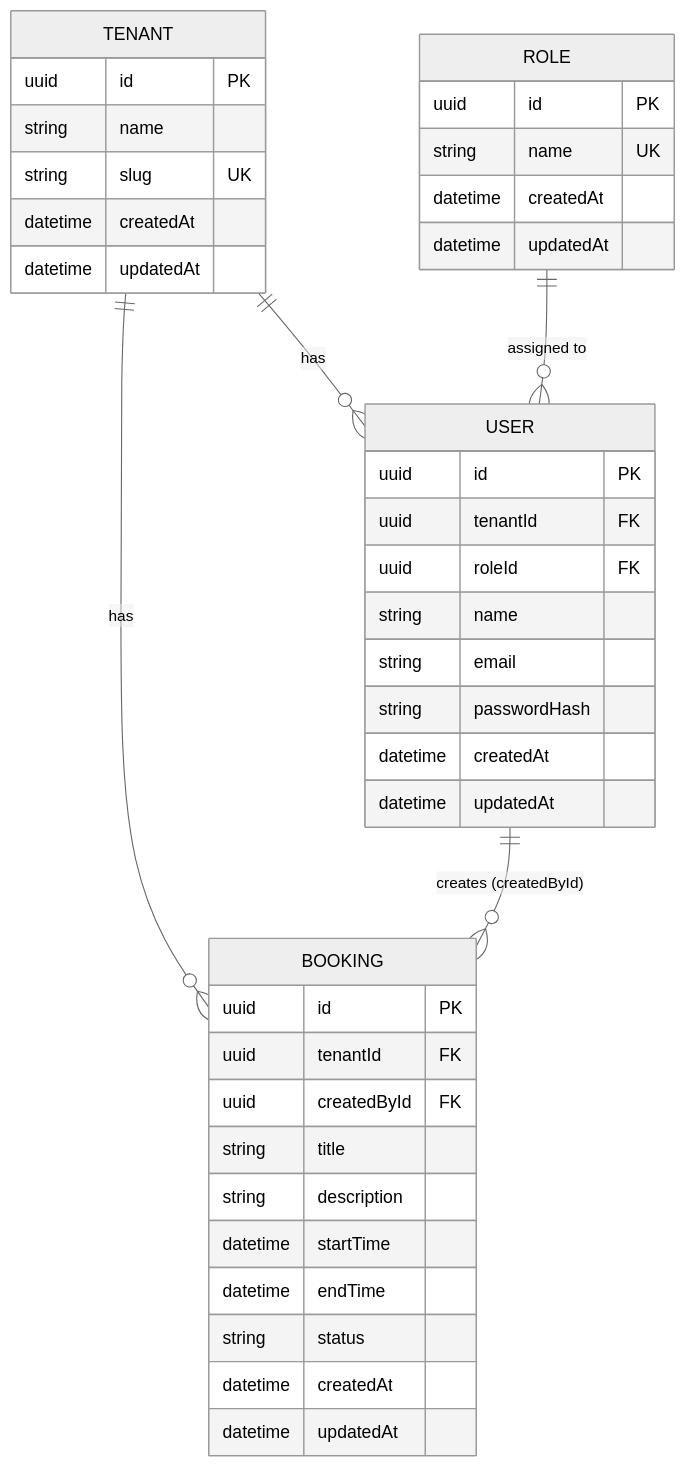
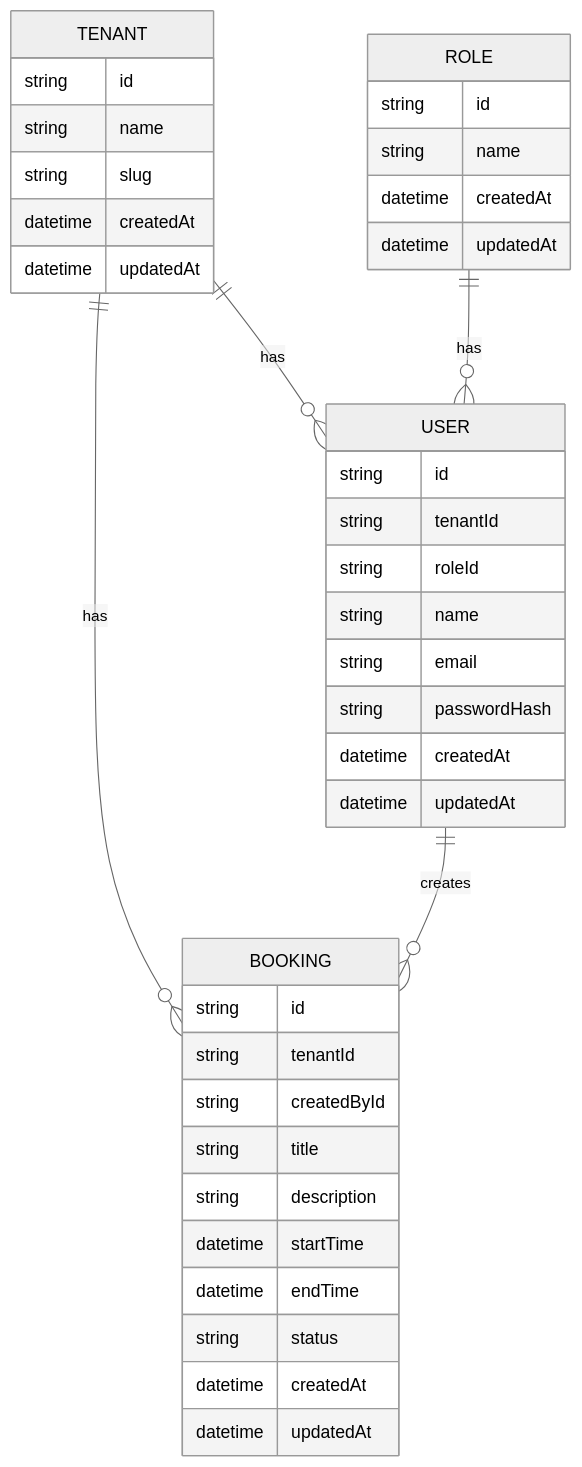
One commit to zainab-f207/multi-tenant-booking changed the first of 2 diagrams in README.md. Above: the diagram before and after it, drawn with Mermaid (neutral theme). The commit also changed other lines of this file and 24 other files, not shown here.

````diff
--- a/README.md
+++ b/README.md
@@ -61,43 +108,43 @@
 ```mermaid
 erDiagram
-    TENANT ||--o{ USER : "has"
-    TENANT ||--o{ BOOKING : "has"
-    ROLE ||--o{ USER : "assigned to"
-    USER ||--o{ BOOKING : "creates (createdById)"
+    TENANT ||--o{ USER : has
+    TENANT ||--o{ BOOKING : has
+    ROLE ||--o{ USER : has
+    USER ||--o{ BOOKING : creates
 
     TENANT {
-        uuid id PK
+        string id
         string name
-        string slug UK
+        string slug
         datetime createdAt
         datetime updatedAt
     }
     ROLE {
-        uuid id PK
-        string name UK
+        string id
+        string name
         datetime createdAt
         datetime updatedAt
     }
     USER {
-        uuid id PK
-        uuid tenantId FK
-        uuid roleId FK
+        string id
+        string tenantId
+        string roleId
         string name
         string email
         string passwordHash
         datetime createdAt
         datetime updatedAt
     }
     BOOKING {
-        uuid id PK
-        uuid tenantId FK
-        uuid createdById FK
+        string id
+        string tenantId
+        string createdById
         string title
         string description
         datetime startTime
         datetime endTime
         string status
         datetime createdAt
         datetime updatedAt
     }
 ```
````
